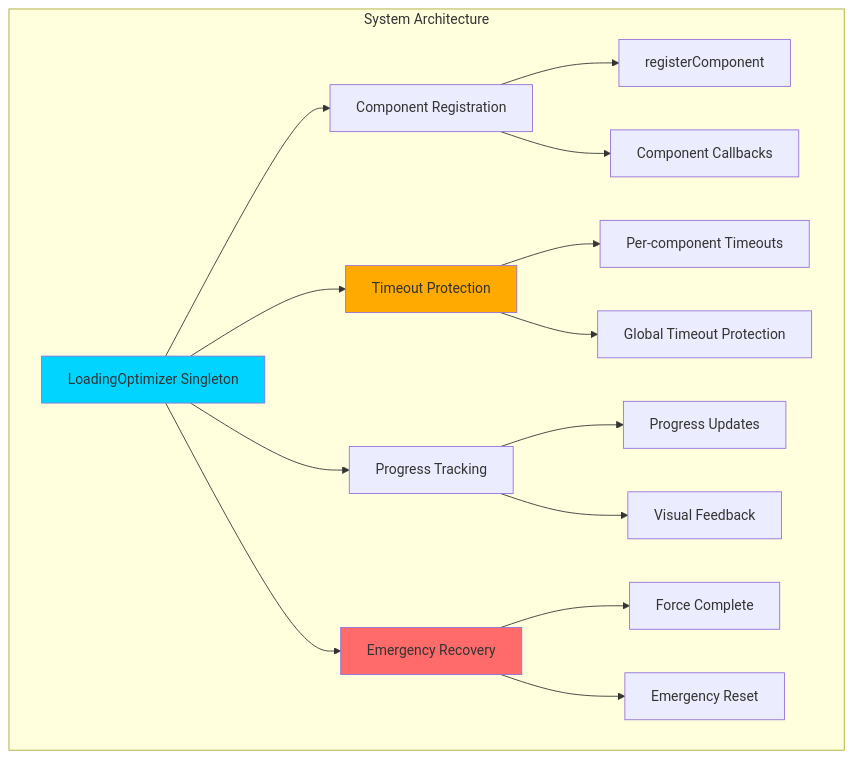
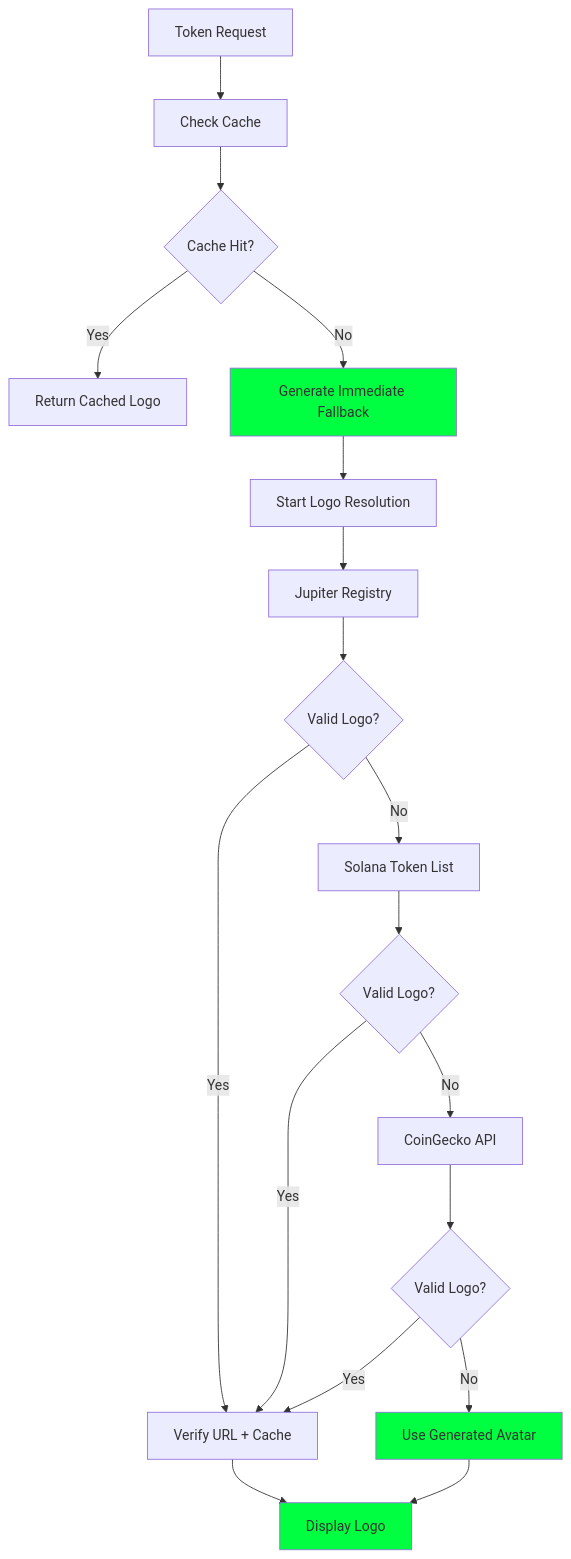
Before and after one commit to didier3529/Bradley-AI: diagram 21 of 22 in COMPREHENSIVE_REPOSITORY_ANALYSIS.md, drawn with Mermaid. The commit also changed other lines of this file and 224 other files, not shown here.

````diff
--- a/COMPREHENSIVE_REPOSITORY_ANALYSIS.md
+++ b/COMPREHENSIVE_REPOSITORY_ANALYSIS.md
@@ -2447,25 +4181,24 @@
 ```mermaid
 graph TD
-    subgraph "System Architecture"
-        A[LoadingOptimizer Singleton] --> B[Component Registration]
-        A --> C[Timeout Protection]
-        A --> D[Progress Tracking]
-        A --> E[Emergency Recovery]
+    A[Token Request] --> B[Check Cache]
+    B --> C{Cache Hit?}
+    C -->|Yes| D[Return Cached Logo]
+    C -->|No| E[Generate Immediate Fallback]
+    E --> F[Start Logo Resolution]
+    F --> G[Jupiter Registry]
+    G --> H{Valid Logo?}
+    H -->|Yes| I[Verify URL + Cache]
+    H -->|No| J[Solana Token List]
+    J --> K{Valid Logo?}
+    K -->|Yes| I
+    K -->|No| L[CoinGecko API]
+    L --> M{Valid Logo?}
+    M -->|Yes| I
+    M -->|No| N[Use Generated Avatar]
+    I --> O[Display Logo]
+    N --> O
 
-        B --> B1[registerComponent]
-        B --> B2[Component Callbacks]
-
-        C --> C1[Per-component Timeouts]
-        C --> C2[Global Timeout Protection]
-
-        D --> D1[Progress Updates]
-        D --> D2[Visual Feedback]
-
-        E --> E1[Force Complete]
-        E --> E2[Emergency Reset]
-
-        style A fill:#00d4ff
-        style C fill:#ffaa00
-        style E fill:#ff6b6b
-    end
+    style O fill:#00ff41
+    style E fill:#00ff41
+    style N fill:#00ff41
 ```
````
